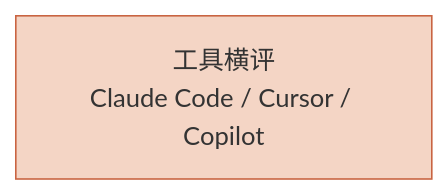
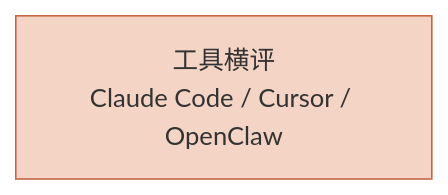
Before and after one commit to dukegod/ai-handbook: the diagram in ai-coding/index.md, drawn with Mermaid. The commit also changed other lines of this file and 36 other files, not shown here.

````diff
--- a/ai-coding/index.md
+++ b/ai-coding/index.md
@@ -22,6 +22,6 @@
 ```mermaid
 flowchart LR
-  A[工具横评<br/>Claude Code / Cursor / Copilot]
+  A[工具横评<br/>Claude Code / Cursor / OpenClaw]
 
   style A fill:#f4d5c5,stroke:#c96442
 ```
````
